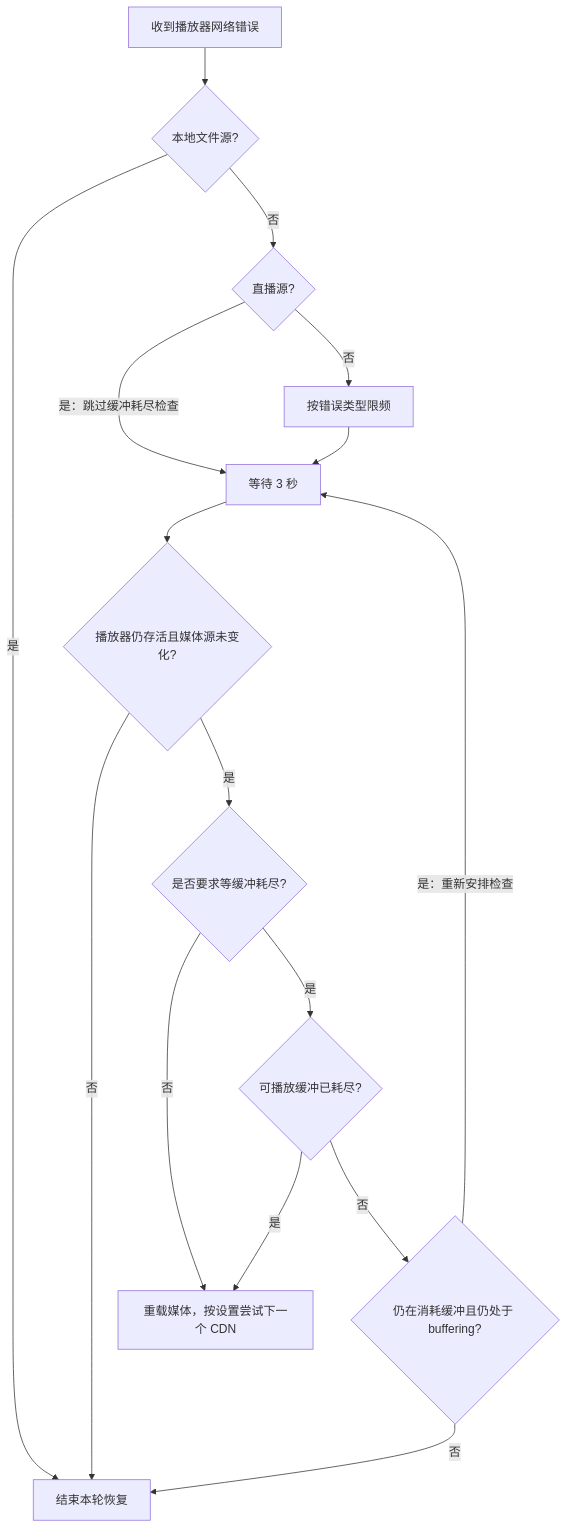
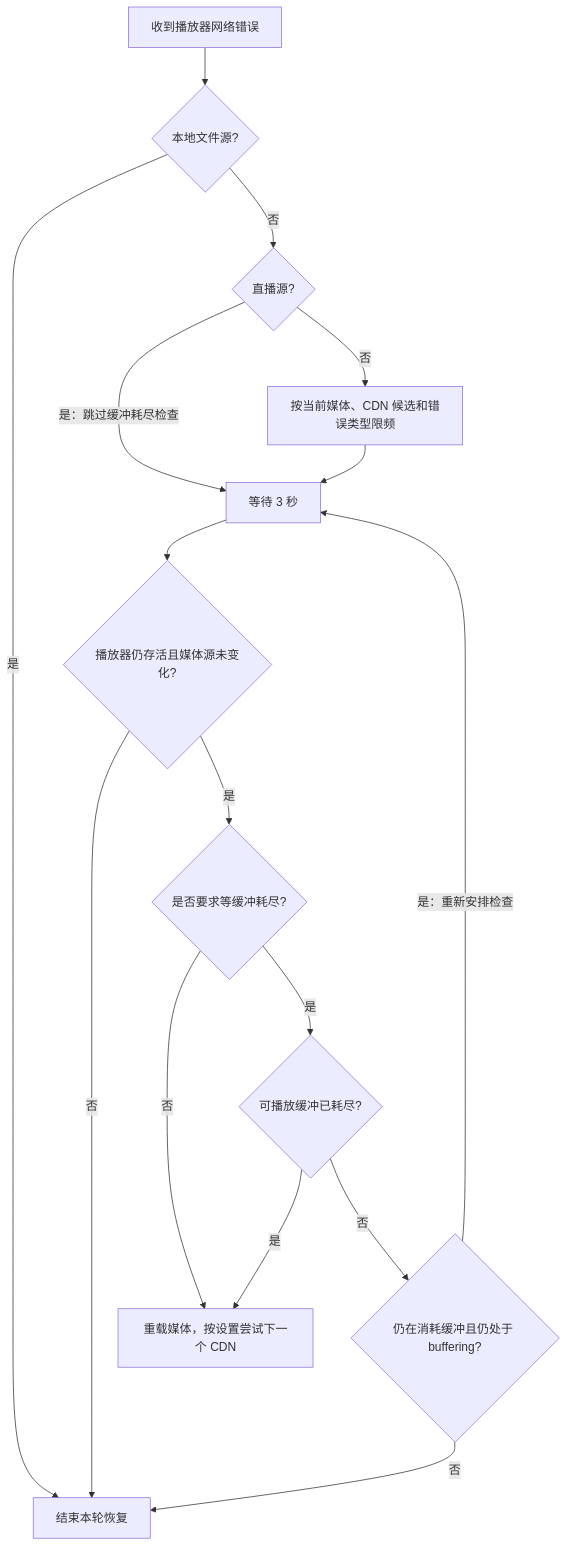
Before and after one commit to Arukasaeled/PiliAurora: the fourth of 7 diagrams in doc/runtime-flows.md, drawn with Mermaid. The commit also changed other lines of this file and 27 other files, not shown here.

````diff
--- a/doc/runtime-flows.md
+++ b/doc/runtime-flows.md
@@ -113,29 +120,29 @@
 ```mermaid
 flowchart TD
     Error[收到播放器网络错误]
     Local{本地文件源?}
     Live{直播源?}
-    Throttle[按错误类型限频]
+    Throttle[按当前媒体、CDN 候选和错误类型限频]
     Wait[等待 3 秒]
     Current{播放器仍存活且媒体源未变化?}
     NeedBuffer{是否要求等缓冲耗尽?}
     Exhausted{可播放缓冲已耗尽?}
     Defer{仍在消耗缓冲且仍处于 buffering?}
     Retry[重载媒体，按设置尝试下一个 CDN]
     Stop[结束本轮恢复]
 
     Error --> Local
     Local -->|是| Stop
     Local -->|否| Live
     Live -->|是：跳过缓冲耗尽检查| Wait
     Live -->|否| Throttle --> Wait
     Wait --> Current
     Current -->|否| Stop
     Current -->|是| NeedBuffer
     NeedBuffer -->|否| Retry
     NeedBuffer -->|是| Exhausted
     Exhausted -->|是| Retry
     Exhausted -->|否| Defer
     Defer -->|是：重新安排检查| Wait
     Defer -->|否| Stop
 ```
````
